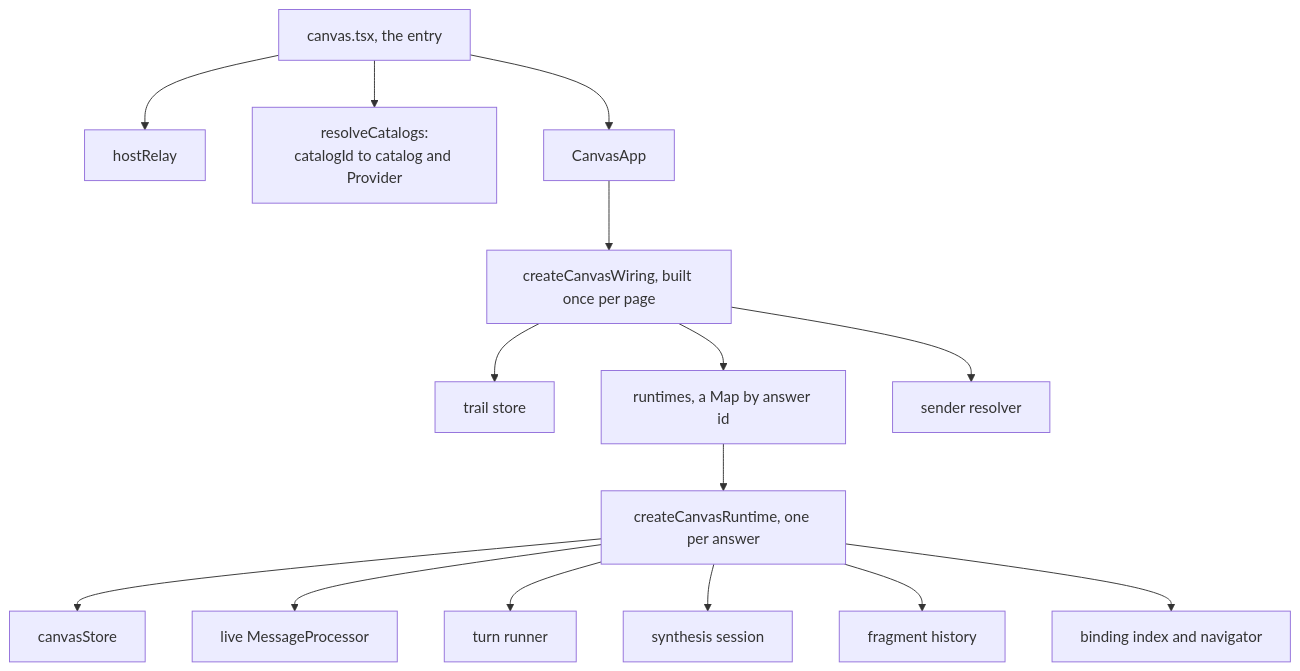
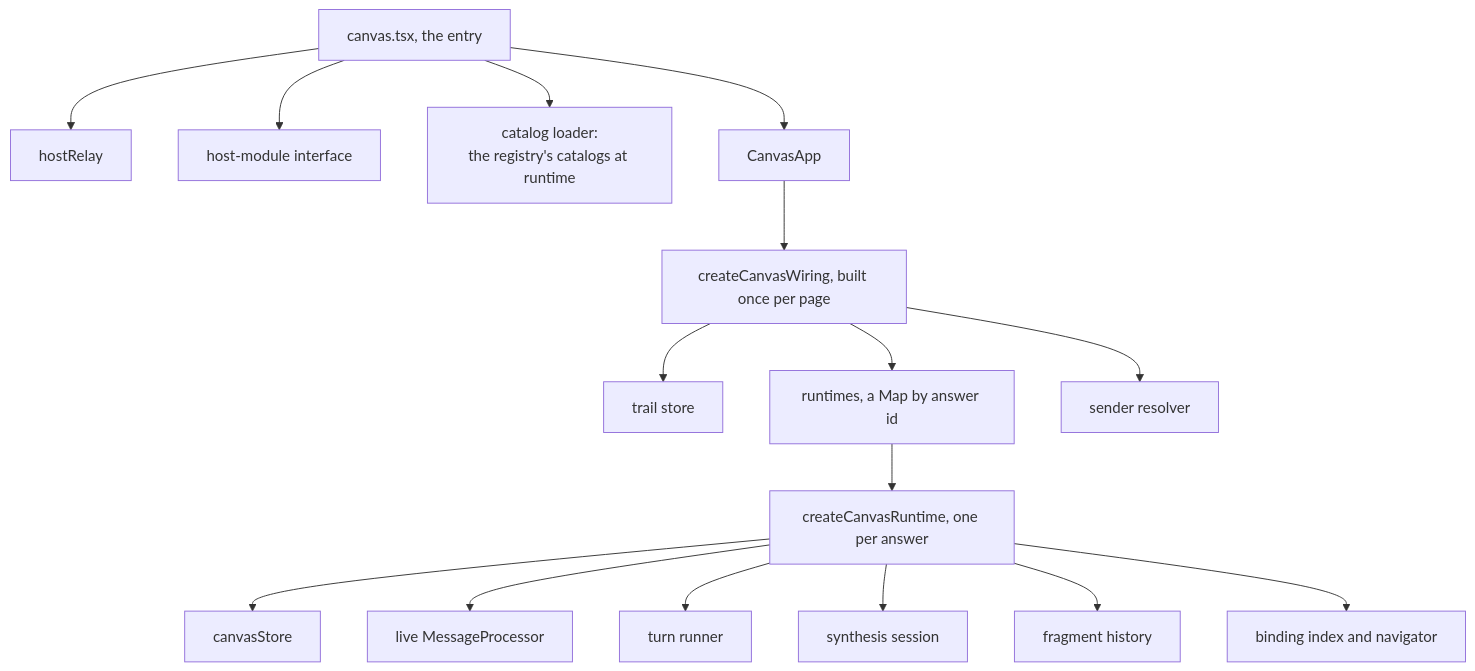
The second of 4 diagrams in docs/design/client.md (retz8/a2uiverse), drawn with Mermaid before and after one commit. The commit also changed other lines of this file and 13 other files, not shown here.

````diff
--- a/docs/design/client.md
+++ b/docs/design/client.md
@@ -118,17 +118,18 @@
 ```mermaid
 flowchart TD
     E["canvas.tsx, the entry"] --> R["hostRelay"]
-    E --> CAT["resolveCatalogs:<br/>catalogId to catalog and Provider"]
+    E --> HOST["host-module interface"]
+    E --> CAT["catalog loader:<br/>the registry's catalogs at runtime"]
     E --> APP["CanvasApp"]
     APP --> W["createCanvasWiring, built once per page"]
     W --> TS["trail store"]
     W --> RT["runtimes, a Map by answer id"]
     W --> SR["sender resolver"]
     RT --> ONE["createCanvasRuntime, one per answer"]
     ONE --> ST["canvasStore"]
     ONE --> MP["live MessageProcessor"]
     ONE --> TR["turn runner"]
     ONE --> SS["synthesis session"]
     ONE --> FH["fragment history"]
     ONE --> BI["binding index and navigator"]
 ```
````
